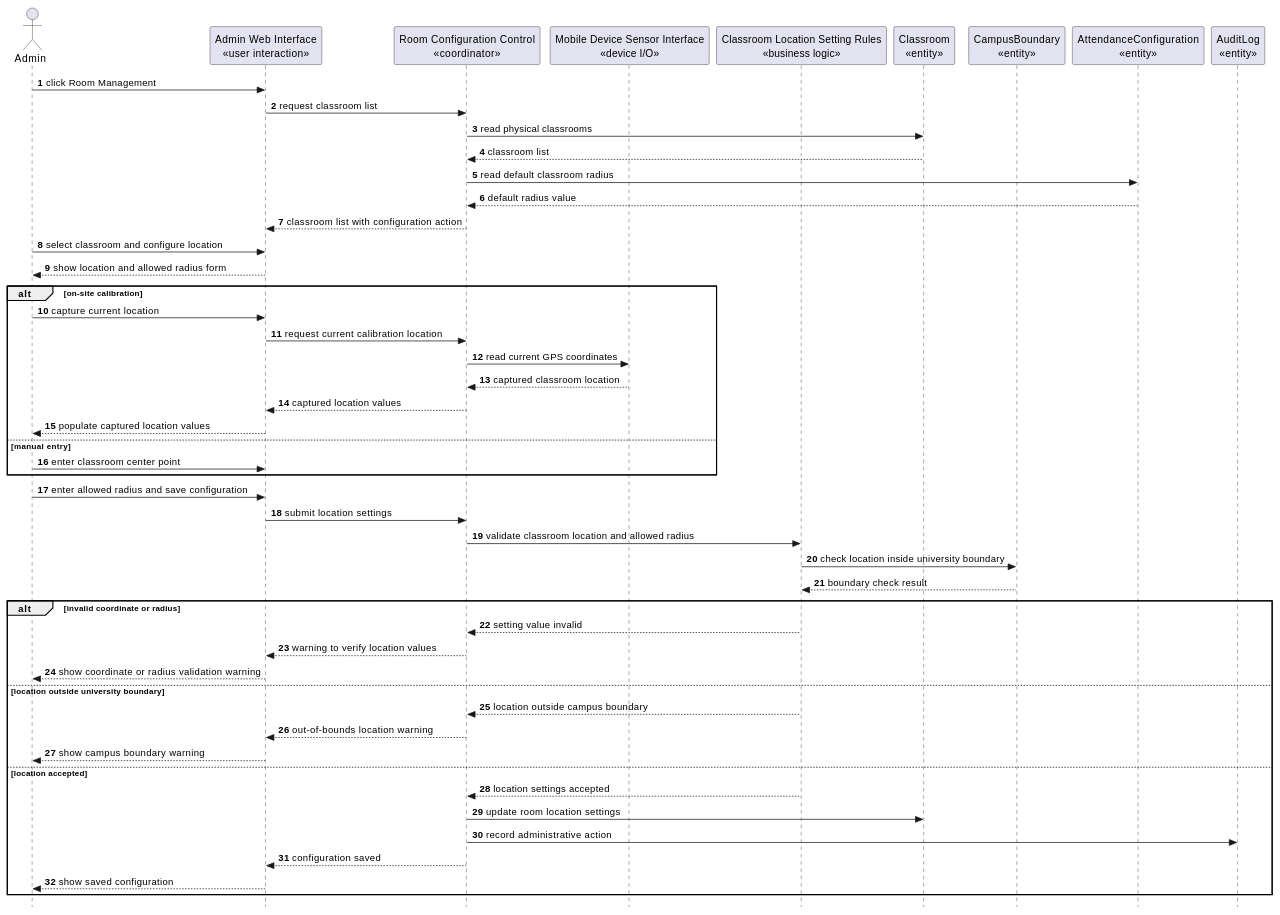
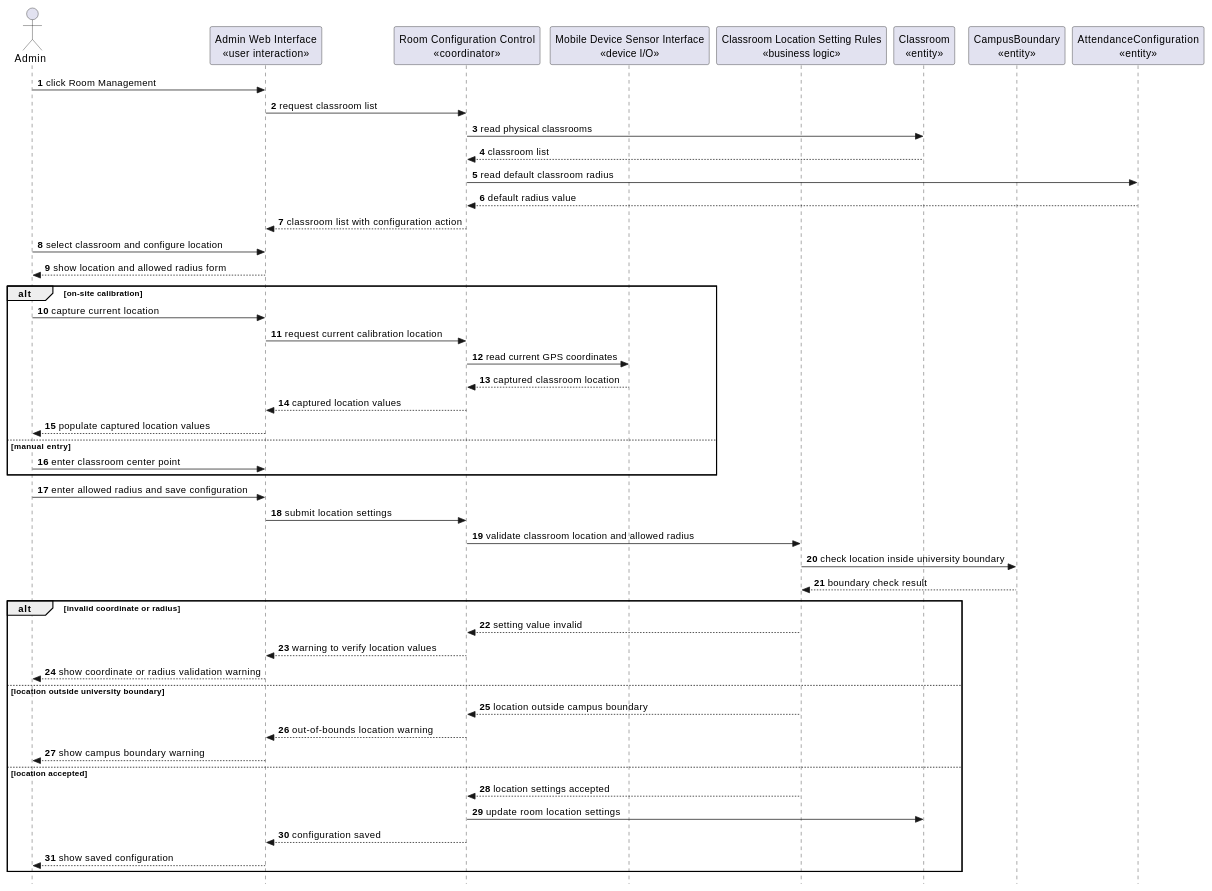
One commit to nttung42/SWD392 changed diagram 25 of 29 in docs/sds/2_Analysis.md. Above: the diagram before and after it, drawn with PlantUML. The commit also changed other lines of this file and 5 other files, not shown here.

````diff
--- a/docs/sds/2_Analysis.md
+++ b/docs/sds/2_Analysis.md
@@ -1177,58 +1235,56 @@
 ```plantuml
 @startuml
 skinparam style strictuml
 autonumber
 actor "Admin" as Admin
 participant "Admin Web Interface\n«user interaction»" as AdminUI
 participant "Room Configuration Control\n«coordinator»" as RoomControl
 participant "Mobile Device Sensor Interface\n«device I/O»" as MobileSensor
 participant "Classroom Location Setting Rules\n«business logic»" as LocationSettingRules
 participant "Classroom\n«entity»" as Classroom
 participant "CampusBoundary\n«entity»" as CampusBoundary
 participant "AttendanceConfiguration\n«entity»" as AttendanceConfig
-participant "AuditLog\n«entity»" as AuditLog
 
 Admin -> AdminUI : click Room Management
 AdminUI -> RoomControl : request classroom list
 RoomControl -> Classroom : read physical classrooms
 Classroom --> RoomControl : classroom list
 RoomControl -> AttendanceConfig : read default classroom radius
 AttendanceConfig --> RoomControl : default radius value
 RoomControl --> AdminUI : classroom list with configuration action
 Admin -> AdminUI : select classroom and configure location
 AdminUI --> Admin : show location and allowed radius form
 
 alt on-site calibration
   Admin -> AdminUI : capture current location
   AdminUI -> RoomControl : request current calibration location
   RoomControl -> MobileSensor : read current GPS coordinates
   MobileSensor --> RoomControl : captured classroom location
   RoomControl --> AdminUI : captured location values
   AdminUI --> Admin : populate captured location values
 else manual entry
   Admin -> AdminUI : enter classroom center point
 end
 
 Admin -> AdminUI : enter allowed radius and save configuration
 AdminUI -> RoomControl : submit location settings
 RoomControl -> LocationSettingRules : validate classroom location and allowed radius
 LocationSettingRules -> CampusBoundary : check location inside university boundary
 CampusBoundary --> LocationSettingRules : boundary check result
 
 alt invalid coordinate or radius
   LocationSettingRules --> RoomControl : setting value invalid
   RoomControl --> AdminUI : warning to verify location values
   AdminUI --> Admin : show coordinate or radius validation warning
 else location outside university boundary
   LocationSettingRules --> RoomControl : location outside campus boundary
   RoomControl --> AdminUI : out-of-bounds location warning
   AdminUI --> Admin : show campus boundary warning
 else location accepted
   LocationSettingRules --> RoomControl : location settings accepted
   RoomControl -> Classroom : update room location settings
-  RoomControl -> AuditLog : record administrative action
   RoomControl --> AdminUI : configuration saved
   AdminUI --> Admin : show saved configuration
 end
 @enduml
 ```
````
